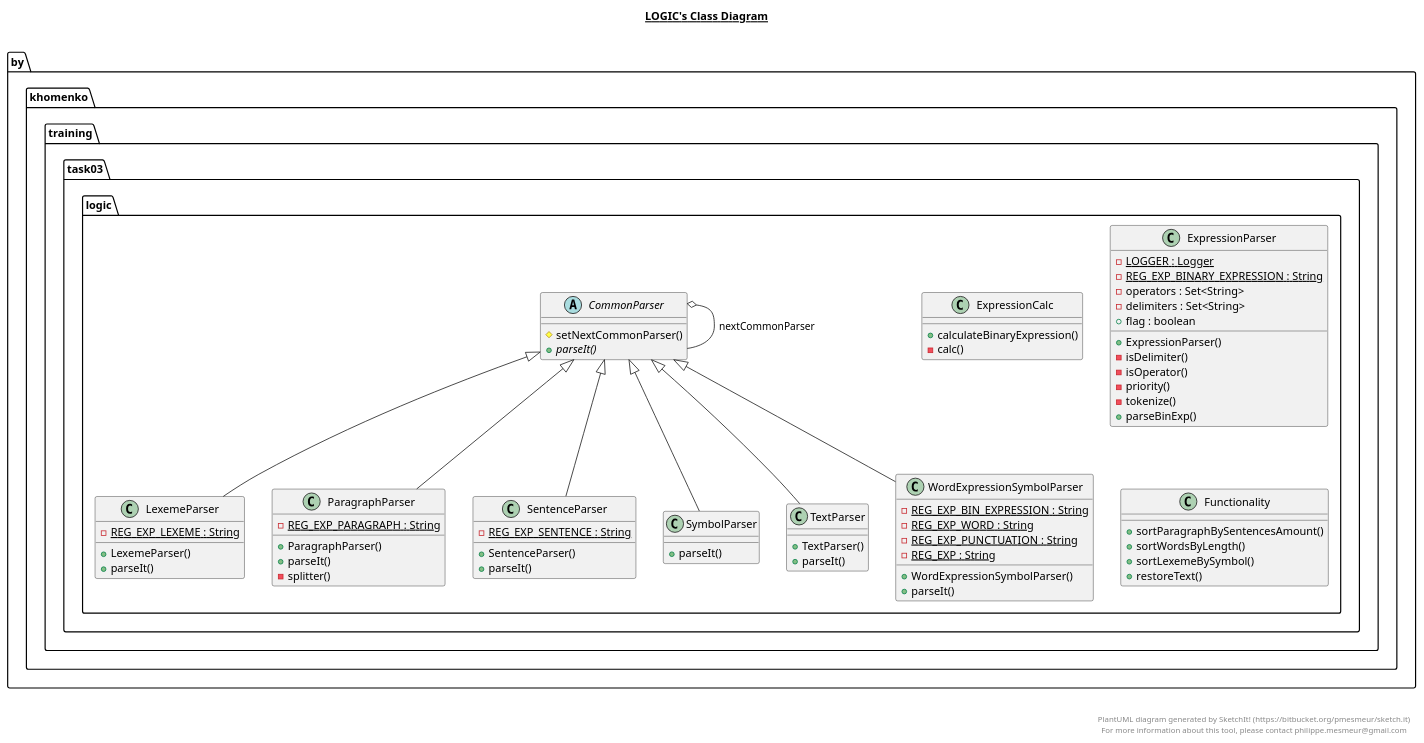
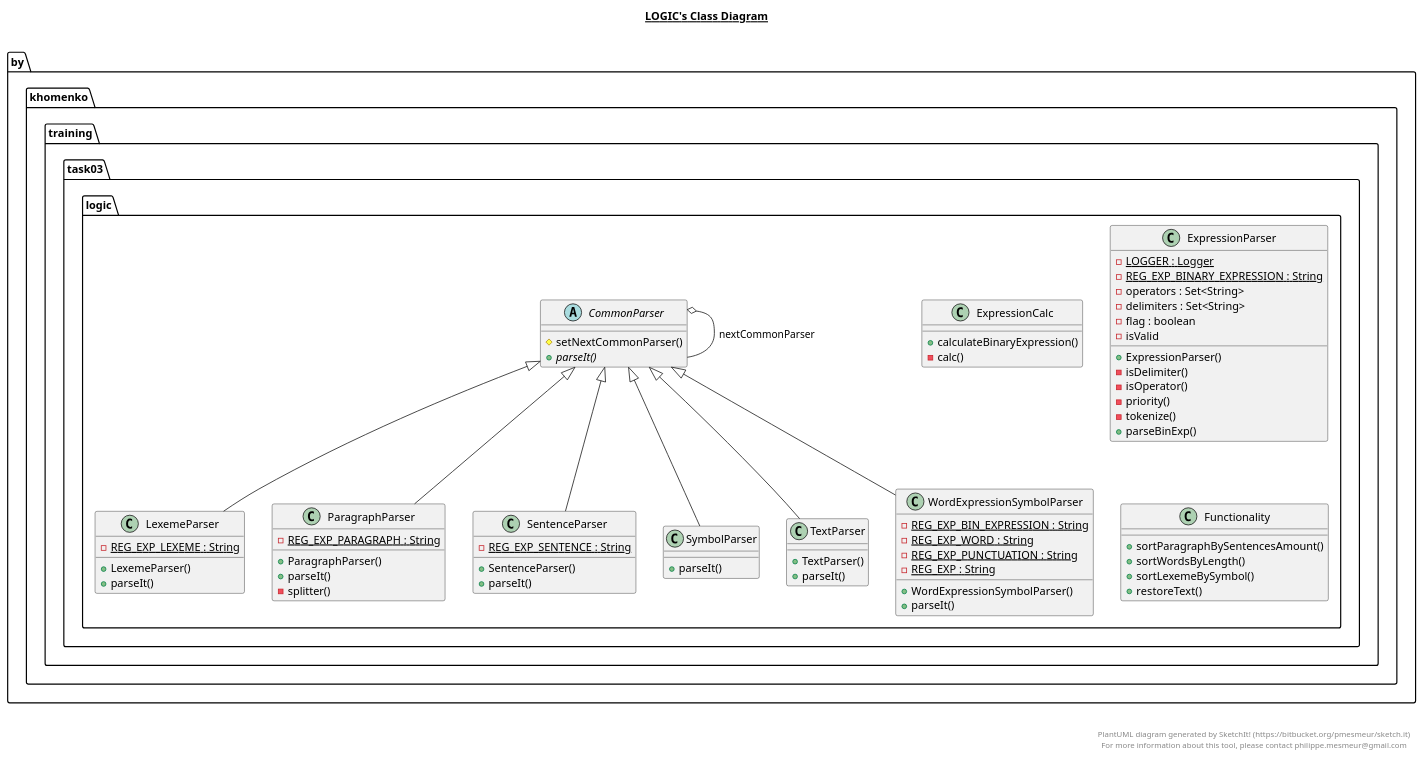
The diagram in Task03/src/by/khomenko/training/task03/logic/logic.plantuml (EX22/EpamTraining), drawn with PlantUML before and after one commit. The commit also changed 5 other files, not shown here.

```diff
--- a/Task03/src/by/khomenko/training/task03/logic/logic.plantuml
+++ b/Task03/src/by/khomenko/training/task03/logic/logic.plantuml
@@ -1,139 +1,140 @@
 @startuml
 
 title __LOGIC's Class Diagram__\n
 
   package by.khomenko.training.task03 {
     package by.khomenko.training.task03.logic {
       abstract class CommonParser {
           # setNextCommonParser()
           {abstract} + parseIt()
       }
     }
   }
   
 
   package by.khomenko.training.task03 {
     package by.khomenko.training.task03.logic {
       class ExpressionCalc {
           + calculateBinaryExpression()
           - calc()
       }
     }
   }
   
 
   package by.khomenko.training.task03 {
     package by.khomenko.training.task03.logic {
       class ExpressionParser {
           {static} - LOGGER : Logger
           {static} - REG_EXP_BINARY_EXPRESSION : String
           - operators : Set<String>
           - delimiters : Set<String>
-          + flag : boolean
+          - flag : boolean
+          - isValid
           + ExpressionParser()
           - isDelimiter()
           - isOperator()
           - priority()
           - tokenize()
           + parseBinExp()
       }
     }
   }
   
 
   package by.khomenko.training.task03 {
     package by.khomenko.training.task03.logic {
       class Functionality {
           + sortParagraphBySentencesAmount()
           + sortWordsByLength()
           + sortLexemeBySymbol()
           + restoreText()
       }
     }
   }
   
 
   package by.khomenko.training.task03 {
     package by.khomenko.training.task03.logic {
       class LexemeParser {
           {static} - REG_EXP_LEXEME : String
           + LexemeParser()
           + parseIt()
       }
     }
   }
   
 
   package by.khomenko.training.task03 {
     package by.khomenko.training.task03.logic {
       class ParagraphParser {
           {static} - REG_EXP_PARAGRAPH : String
           + ParagraphParser()
           + parseIt()
           - splitter()
       }
     }
   }
   
 
   package by.khomenko.training.task03 {
     package by.khomenko.training.task03.logic {
       class SentenceParser {
           {static} - REG_EXP_SENTENCE : String
           + SentenceParser()
           + parseIt()
       }
     }
   }
   
 
   package by.khomenko.training.task03 {
     package by.khomenko.training.task03.logic {
       class SymbolParser {
           + parseIt()
       }
     }
   }
   
 
   package by.khomenko.training.task03 {
     package by.khomenko.training.task03.logic {
       class TextParser {
           + TextParser()
           + parseIt()
       }
     }
   }
   
 
   package by.khomenko.training.task03 {
     package by.khomenko.training.task03.logic {
       class WordExpressionSymbolParser {
           {static} - REG_EXP_BIN_EXPRESSION : String
           {static} - REG_EXP_WORD : String
           {static} - REG_EXP_PUNCTUATION : String
           {static} - REG_EXP : String
           + WordExpressionSymbolParser()
           + parseIt()
       }
     }
   }
   
 
   CommonParser o-- CommonParser : nextCommonParser
   LexemeParser -up-|> CommonParser
   ParagraphParser -up-|> CommonParser
   SentenceParser -up-|> CommonParser
   SymbolParser -up-|> CommonParser
   TextParser -up-|> CommonParser
   WordExpressionSymbolParser -up-|> CommonParser
 
 
 right footer
 
 
 PlantUML diagram generated by SketchIt! (https://bitbucket.org/pmesmeur/sketch.it)
 For more information about this tool, please contact philippe.mesmeur@gmail.com
 endfooter
 
 @enduml
```
